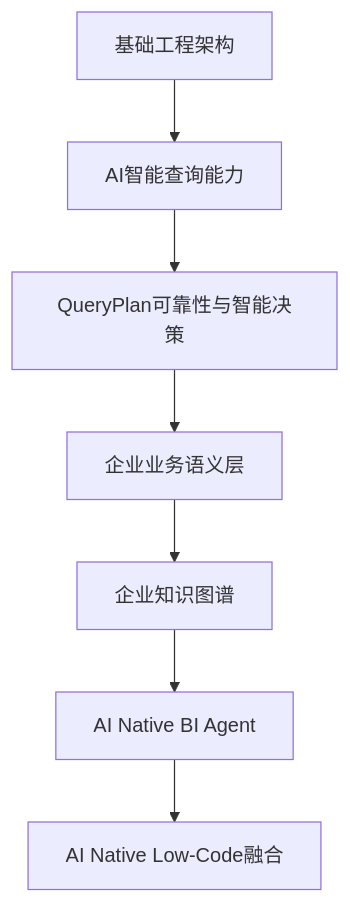
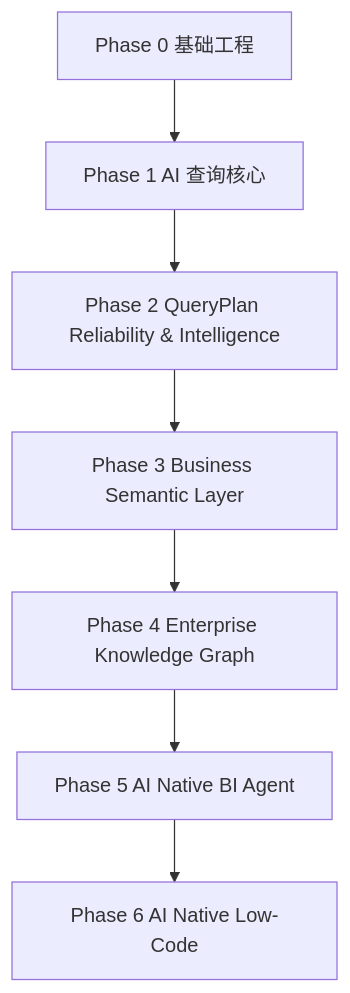
Before and after one commit to wenzhong0606-dev/SuperBuilder_AI: the first of 2 diagrams in SuperBulider_AI/wwwroot/Doc/SuperBuilder AI Native BI Phase开发计划.md, drawn with Mermaid. The commit also changed other lines of this file, not shown here.

Commit message:
docs: start phase 3.1 business entity model planning

````diff
--- a/SuperBulider_AI/wwwroot/Doc/SuperBuilder AI Native BI Phase开发计划.md
+++ b/SuperBulider_AI/wwwroot/Doc/SuperBuilder AI Native BI Phase开发计划.md
@@ -156,29 +98,12 @@
 ```mermaid
 flowchart TD
+    A[Phase 0 基础工程]
+    B[Phase 1 AI 查询核心]
+    C[Phase 2 QueryPlan Reliability & Intelligence]
+    D[Phase 3 Business Semantic Layer]
+    E[Phase 4 Enterprise Knowledge Graph]
+    F[Phase 5 AI Native BI Agent]
+    G[Phase 6 AI Native Low-Code]
 
-A[基础工程架构]
-
--->
-
-B[AI智能查询能力]
-
--->
-
-C[QueryPlan可靠性与智能决策]
-
--->
-
-D[企业业务语义层]
-
--->
-
-E[企业知识图谱]
-
--->
-
-F[AI Native BI Agent]
-
--->
-
-G[AI Native Low-Code融合]
+    A --> B --> C --> D --> E --> F --> G
 ```
````
